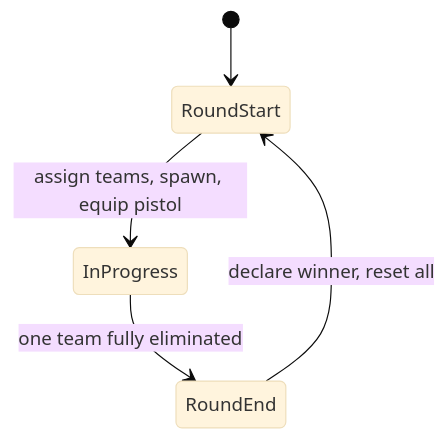
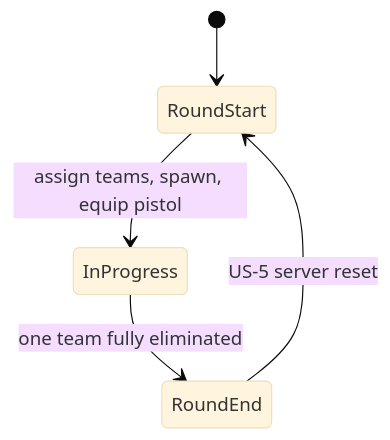
One commit to MaxiGarcia13/conter-strai changed the diagram in specs/current/design.md. Above: the diagram before and after it, drawn with Mermaid (base theme). The commit also changed other lines of this file and 13 other files, not shown here.

````diff
--- a/specs/current/design.md
+++ b/specs/current/design.md
@@ -13,7 +13,7 @@
 ```mermaid
 stateDiagram-v2
   [*] --> RoundStart
   RoundStart --> InProgress: assign teams, spawn, equip pistol
   InProgress --> RoundEnd: one team fully eliminated
-  RoundEnd --> RoundStart: declare winner, reset all
+  RoundEnd --> RoundStart: US-5 server reset
 ```
````
